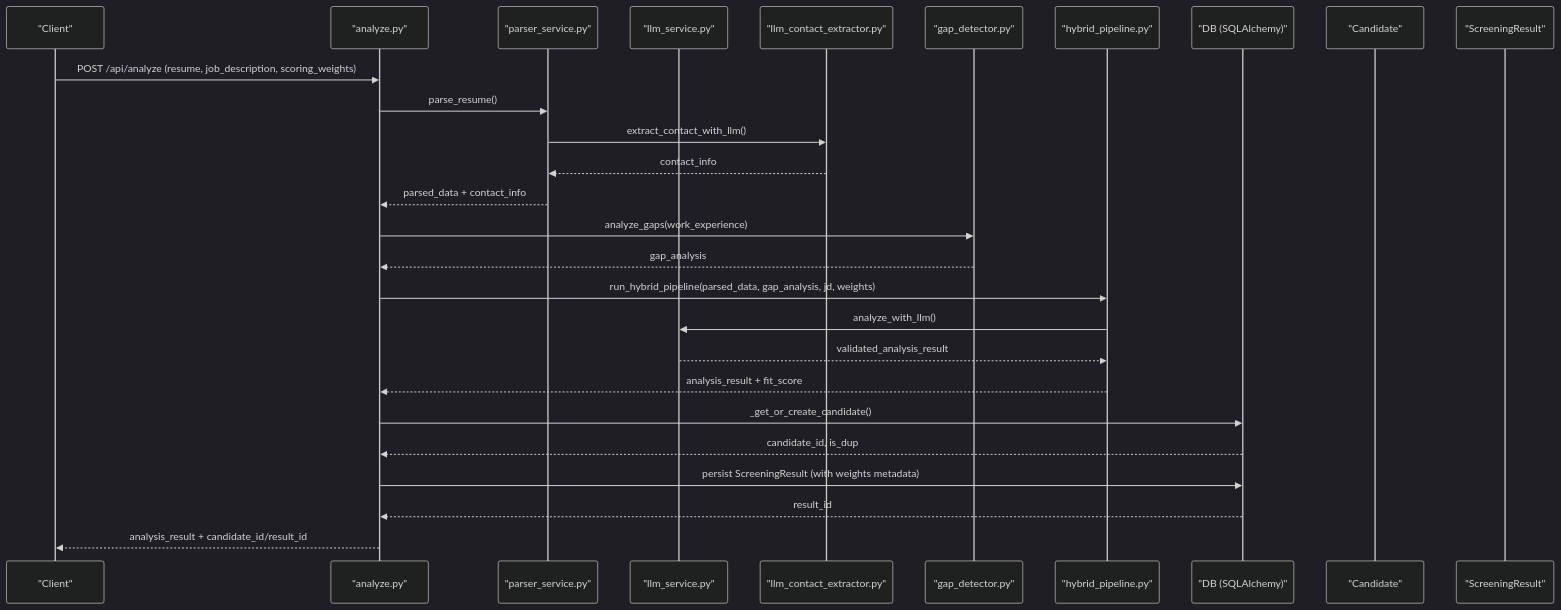
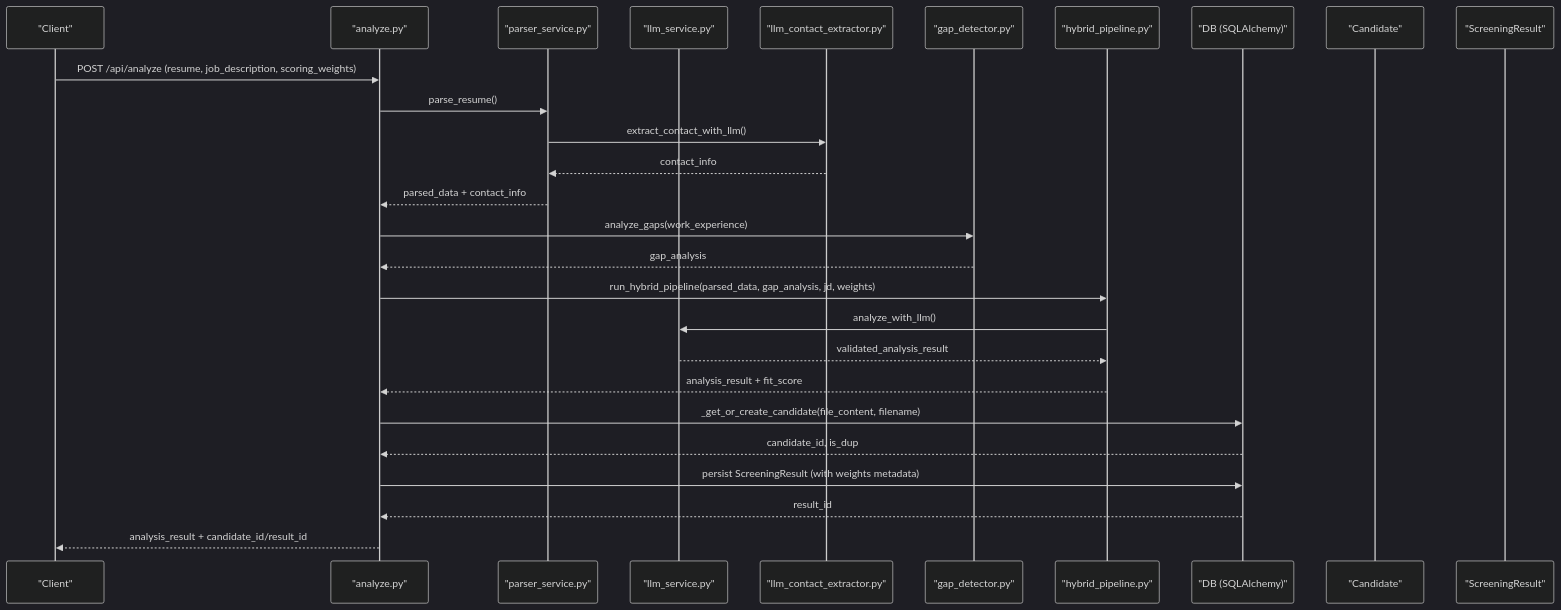
One commit to Revanththetalogics/aireume changed the second of 14 diagrams in .qoder/repowiki/en/content/Candidate Management/Candidate Management.md. Above: the diagram before and after it, drawn with Mermaid (dark theme). The commit also changed other lines of this file and 7 other files, not shown here.

````diff
--- a/.qoder/repowiki/en/content/Candidate Management/Candidate Management.md
+++ b/.qoder/repowiki/en/content/Candidate Management/Candidate Management.md
@@ -155,29 +163,29 @@
 ```mermaid
 sequenceDiagram
 participant Client as "Client"
 participant Route as "analyze.py"
 participant Parser as "parser_service.py"
 participant LLM as "llm_service.py"
 participant LLMContact as "llm_contact_extractor.py"
 participant Gap as "gap_detector.py"
 participant Pipe as "hybrid_pipeline.py"
 participant DB as "DB (SQLAlchemy)"
 participant Cand as "Candidate"
 participant Res as "ScreeningResult"
 Client->>Route : POST /api/analyze (resume, job_description, scoring_weights)
 Route->>Parser : parse_resume()
 Parser->>LLMContact : extract_contact_with_llm()
 LLMContact-->>Parser : contact_info
 Parser-->>Route : parsed_data + contact_info
 Route->>Gap : analyze_gaps(work_experience)
 Gap-->>Route : gap_analysis
 Route->>Pipe : run_hybrid_pipeline(parsed_data, gap_analysis, jd, weights)
 Pipe->>LLM : analyze_with_llm()
 LLM-->>Pipe : validated_analysis_result
 Pipe-->>Route : analysis_result + fit_score
-Route->>DB : _get_or_create_candidate()
+Route->>DB : _get_or_create_candidate(file_content, filename)
 DB-->>Route : candidate_id, is_dup
 Route->>DB : persist ScreeningResult (with weights metadata)
 DB-->>Route : result_id
 Route-->>Client : analysis_result + candidate_id/result_id
 ```
````
